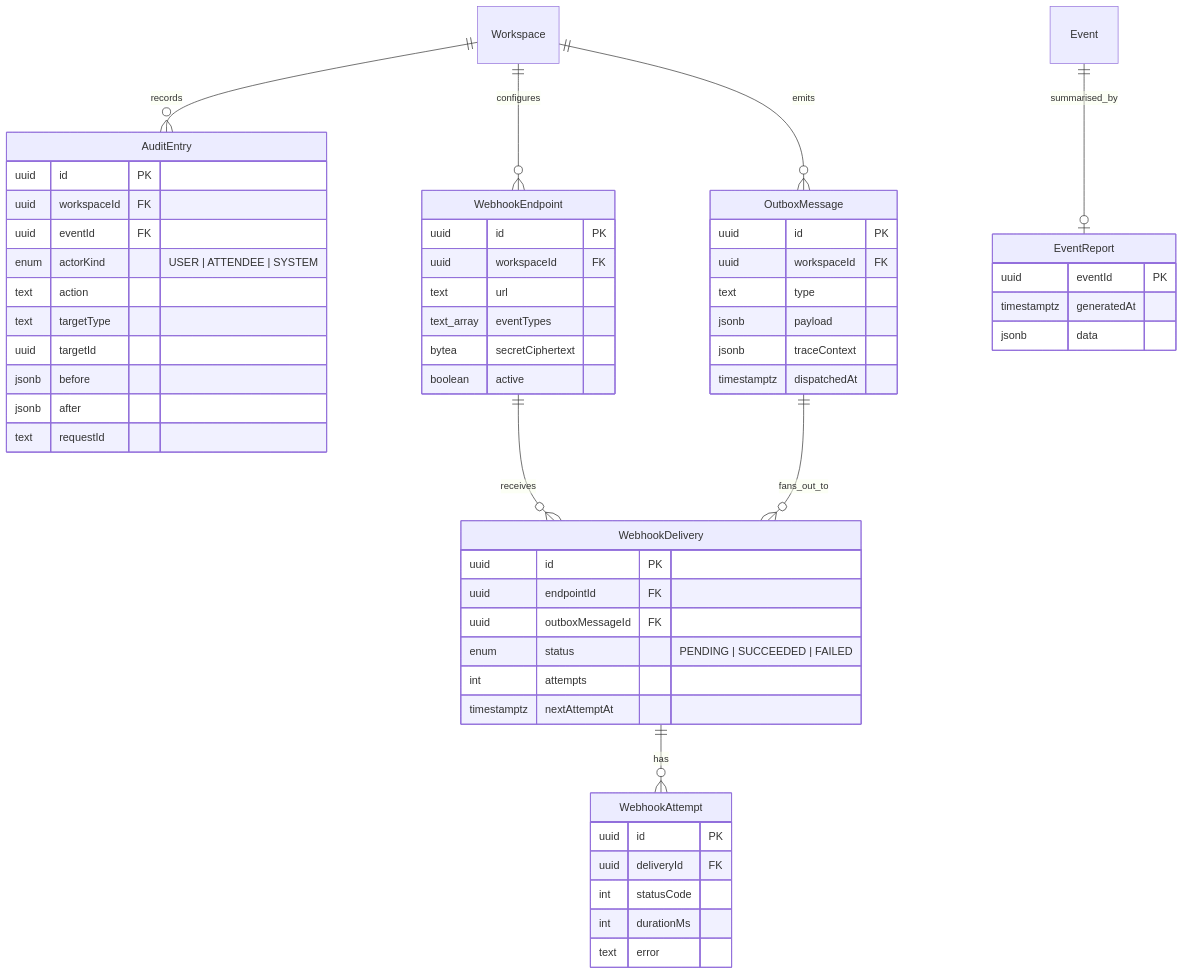
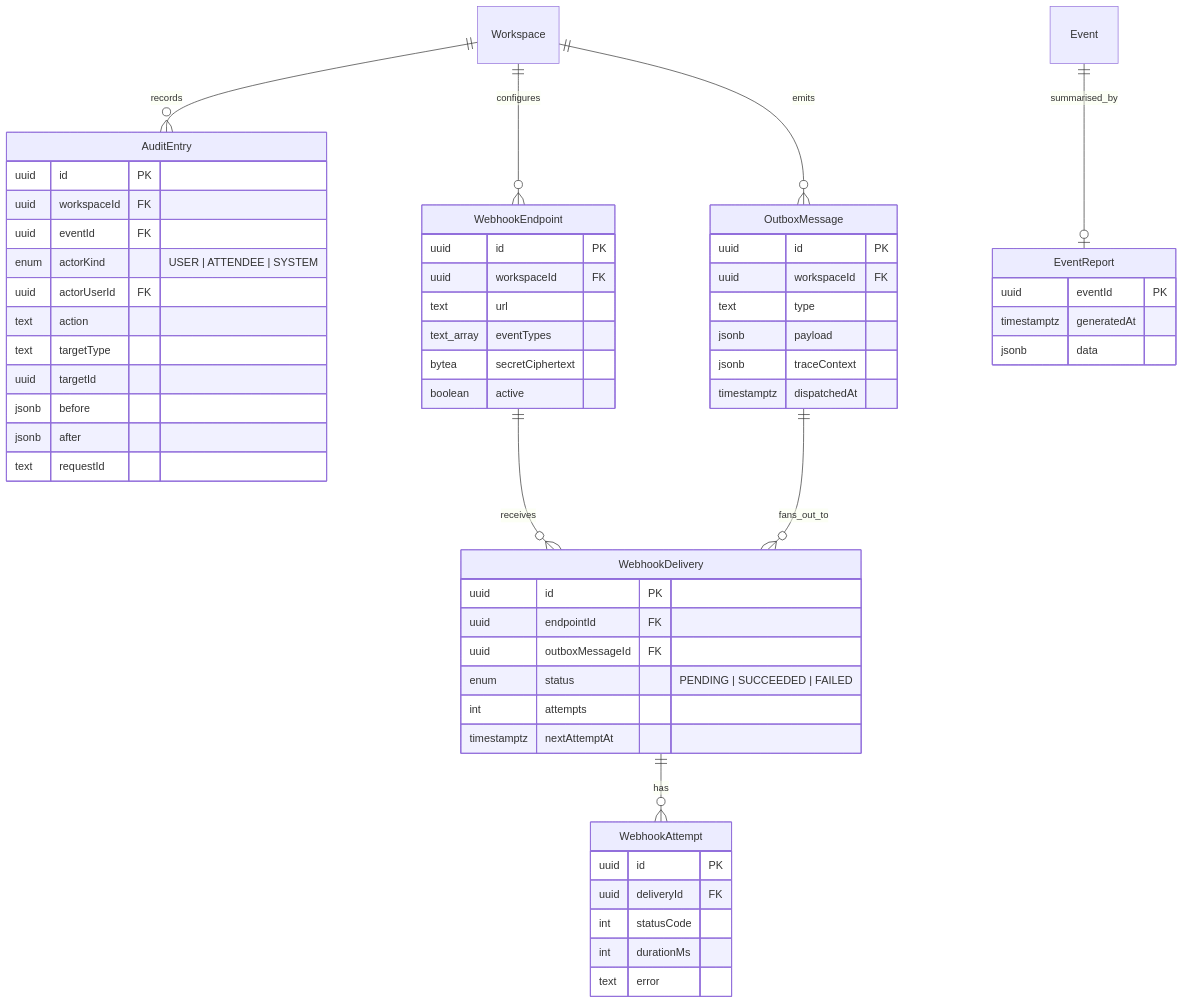
Before and after one commit to zhanru-dev/GoLiveBoard: the fifth of 5 diagrams in docs/03-domain-and-data-model.md, drawn with Mermaid. The commit also changed other lines of this file and 39 other files, not shown here.

````diff
--- a/docs/03-domain-and-data-model.md
+++ b/docs/03-domain-and-data-model.md
@@ -256,59 +259,60 @@
 ```mermaid
 erDiagram
   Workspace ||--o{ AuditEntry : records
   Workspace ||--o{ OutboxMessage : emits
   Workspace ||--o{ WebhookEndpoint : configures
   WebhookEndpoint ||--o{ WebhookDelivery : receives
   OutboxMessage ||--o{ WebhookDelivery : fans_out_to
   WebhookDelivery ||--o{ WebhookAttempt : has
   Event ||--o| EventReport : summarised_by
 
   AuditEntry {
     uuid id PK
     uuid workspaceId FK
     uuid eventId FK
     enum actorKind "USER | ATTENDEE | SYSTEM"
+    uuid actorUserId FK
     text action
     text targetType
     uuid targetId
     jsonb before
     jsonb after
     text requestId
   }
   OutboxMessage {
     uuid id PK
     uuid workspaceId FK
     text type
     jsonb payload
     jsonb traceContext
     timestamptz dispatchedAt
   }
   WebhookEndpoint {
     uuid id PK
     uuid workspaceId FK
     text url
     text_array eventTypes
     bytea secretCiphertext
     boolean active
   }
   WebhookDelivery {
     uuid id PK
     uuid endpointId FK
     uuid outboxMessageId FK
     enum status "PENDING | SUCCEEDED | FAILED"
     int attempts
     timestamptz nextAttemptAt
   }
   WebhookAttempt {
     uuid id PK
     uuid deliveryId FK
     int statusCode
     int durationMs
     text error
   }
   EventReport {
     uuid eventId PK
     timestamptz generatedAt
     jsonb data
   }
 ```
````
